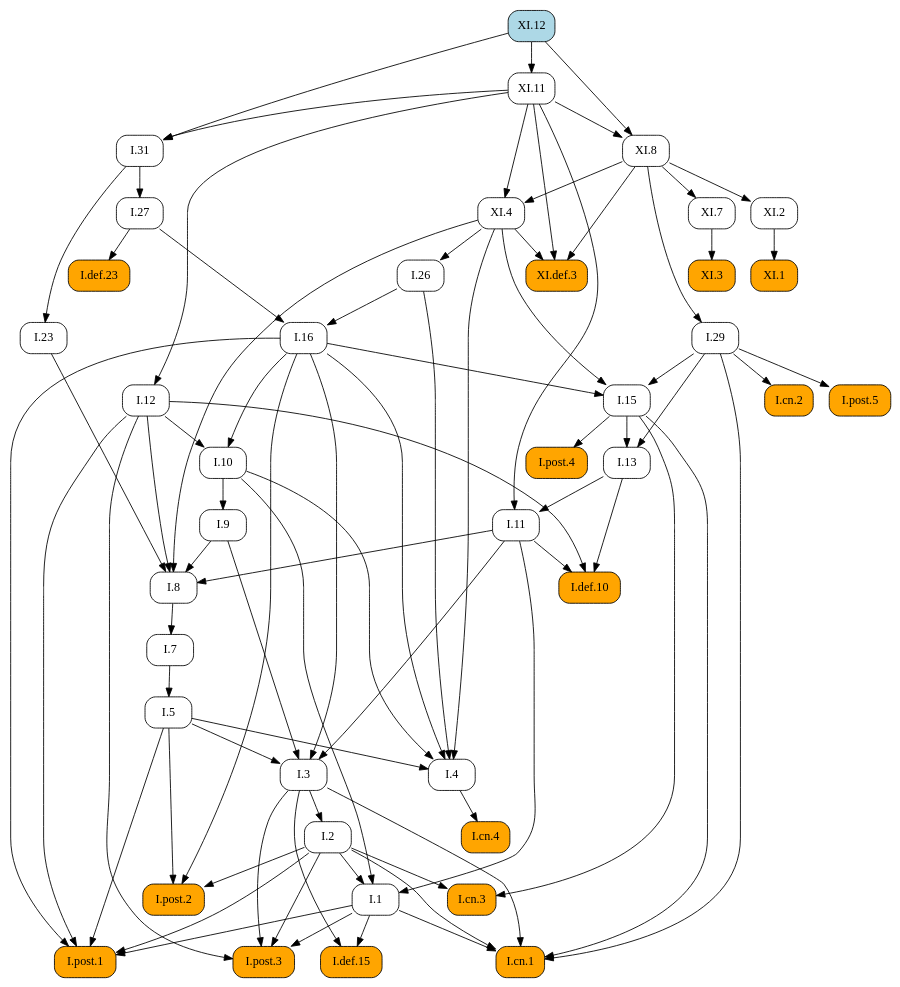
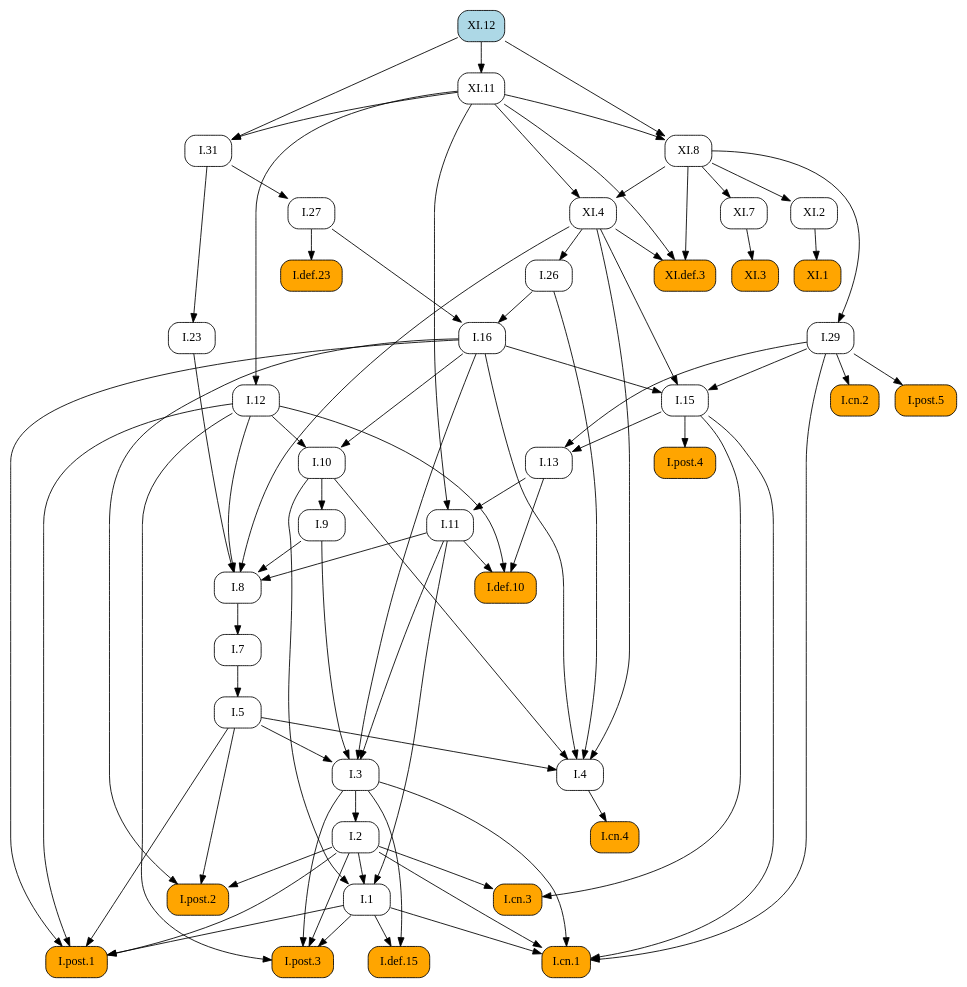
Before and after one commit to geometor/elements: the diagram in docsrc/heath/XI/12/index.rst, drawn with Graphviz. The commit also changed other lines of this file and 1029 other files, not shown here.

```diff
--- a/docsrc/heath/XI/12/index.rst
+++ b/docsrc/heath/XI/12/index.rst
@@ -33,124 +33,124 @@
    digraph {
      rankdir="TB";
      node [shape=box, style=rounded];
+     "I.def.10" [style="rounded,filled", fillcolor=orange, URL="/heath/I/def.10/", target="_top"];
+     "I.11" [URL="/heath/I/11/", target="_top"];
+     "XI.def.3" [style="rounded,filled", fillcolor=orange, URL="/heath/XI/def.3/", target="_top"];
+     "I.1" [URL="/heath/I/1/", target="_top"];
+     "I.post.4" [style="rounded,filled", fillcolor=orange, URL="/heath/I/post.4/", target="_top"];
+     "I.26" [URL="/heath/I/26/", target="_top"];
+     "XI.12" [style="rounded,filled", fillcolor=lightblue, URL="/heath/XI/12/", target="_top"];
+     "XI.7" [URL="/heath/XI/7/", target="_top"];
+     "I.29" [URL="/heath/I/29/", target="_top"];
+     "I.cn.2" [style="rounded,filled", fillcolor=orange, URL="/heath/I/cn.2/", target="_top"];
+     "XI.8" [URL="/heath/XI/8/", target="_top"];
+     "I.def.15" [style="rounded,filled", fillcolor=orange, URL="/heath/I/def.15/", target="_top"];
+     "XI.11" [URL="/heath/XI/11/", target="_top"];
+     "I.post.3" [style="rounded,filled", fillcolor=orange, URL="/heath/I/post.3/", target="_top"];
+     "XI.1" [style="rounded,filled", fillcolor=orange, URL="/heath/XI/1/", target="_top"];
+     "I.cn.1" [style="rounded,filled", fillcolor=orange, URL="/heath/I/cn.1/", target="_top"];
      "I.cn.3" [style="rounded,filled", fillcolor=orange, URL="/heath/I/cn.3/", target="_top"];
-     "I.29" [URL="/heath/I/29/", target="_top"];
+     "XI.2" [URL="/heath/XI/2/", target="_top"];
+     "I.23" [URL="/heath/I/23/", target="_top"];
+     "I.post.1" [style="rounded,filled", fillcolor=orange, URL="/heath/I/post.1/", target="_top"];
+     "I.27" [URL="/heath/I/27/", target="_top"];
      "I.7" [URL="/heath/I/7/", target="_top"];
-     "I.27" [URL="/heath/I/27/", target="_top"];
+     "I.3" [URL="/heath/I/3/", target="_top"];
+     "I.2" [URL="/heath/I/2/", target="_top"];
      "I.def.23" [style="rounded,filled", fillcolor=orange, URL="/heath/I/def.23/", target="_top"];
+     "I.4" [URL="/heath/I/4/", target="_top"];
+     "I.13" [URL="/heath/I/13/", target="_top"];
+     "I.12" [URL="/heath/I/12/", target="_top"];
+     "I.31" [URL="/heath/I/31/", target="_top"];
+     "I.post.2" [style="rounded,filled", fillcolor=orange, URL="/heath/I/post.2/", target="_top"];
+     "I.16" [URL="/heath/I/16/", target="_top"];
+     "I.9" [URL="/heath/I/9/", target="_top"];
      "I.8" [URL="/heath/I/8/", target="_top"];
-     "I.9" [URL="/heath/I/9/", target="_top"];
+     "I.cn.4" [style="rounded,filled", fillcolor=orange, URL="/heath/I/cn.4/", target="_top"];
+     "I.15" [URL="/heath/I/15/", target="_top"];
      "XI.4" [URL="/heath/XI/4/", target="_top"];
-     "I.post.4" [style="rounded,filled", fillcolor=orange, URL="/heath/I/post.4/", target="_top"];
-     "I.2" [URL="/heath/I/2/", target="_top"];
-     "I.def.15" [style="rounded,filled", fillcolor=orange, URL="/heath/I/def.15/", target="_top"];
-     "I.1" [URL="/heath/I/1/", target="_top"];
-     "I.post.1" [style="rounded,filled", fillcolor=orange, URL="/heath/I/post.1/", target="_top"];
-     "XI.1" [style="rounded,filled", fillcolor=orange, URL="/heath/XI/1/", target="_top"];
-     "I.cn.4" [style="rounded,filled", fillcolor=orange, URL="/heath/I/cn.4/", target="_top"];
-     "I.26" [URL="/heath/I/26/", target="_top"];
-     "I.23" [URL="/heath/I/23/", target="_top"];
-     "I.13" [URL="/heath/I/13/", target="_top"];
-     "I.cn.2" [style="rounded,filled", fillcolor=orange, URL="/heath/I/cn.2/", target="_top"];
+     "I.post.5" [style="rounded,filled", fillcolor=orange, URL="/heath/I/post.5/", target="_top"];
+     "I.10" [URL="/heath/I/10/", target="_top"];
      "I.5" [URL="/heath/I/5/", target="_top"];
-     "I.11" [URL="/heath/I/11/", target="_top"];
-     "I.10" [URL="/heath/I/10/", target="_top"];
-     "I.4" [URL="/heath/I/4/", target="_top"];
-     "I.3" [URL="/heath/I/3/", target="_top"];
-     "I.16" [URL="/heath/I/16/", target="_top"];
-     "I.31" [URL="/heath/I/31/", target="_top"];
-     "XI.12" [style="rounded,filled", fillcolor=lightblue, URL="/heath/XI/12/", target="_top"];
-     "I.def.10" [style="rounded,filled", fillcolor=orange, URL="/heath/I/def.10/", target="_top"];
-     "XI.def.3" [style="rounded,filled", fillcolor=orange, URL="/heath/XI/def.3/", target="_top"];
-     "I.post.2" [style="rounded,filled", fillcolor=orange, URL="/heath/I/post.2/", target="_top"];
-     "I.post.3" [style="rounded,filled", fillcolor=orange, URL="/heath/I/post.3/", target="_top"];
-     "I.post.5" [style="rounded,filled", fillcolor=orange, URL="/heath/I/post.5/", target="_top"];
      "XI.3" [style="rounded,filled", fillcolor=orange, URL="/heath/XI/3/", target="_top"];
-     "I.12" [URL="/heath/I/12/", target="_top"];
-     "XI.7" [URL="/heath/XI/7/", target="_top"];
-     "I.cn.1" [style="rounded,filled", fillcolor=orange, URL="/heath/I/cn.1/", target="_top"];
-     "I.15" [URL="/heath/I/15/", target="_top"];
-     "XI.11" [URL="/heath/XI/11/", target="_top"];
-     "XI.2" [URL="/heath/XI/2/", target="_top"];
-     "XI.8" [URL="/heath/XI/8/", target="_top"];
+     "I.11" -> "I.def.10";
+     "I.12" -> "I.def.10";
+     "I.13" -> "I.def.10";
+     "I.13" -> "I.11";
+     "XI.11" -> "I.11";
+     "XI.4" -> "XI.def.3";
+     "XI.8" -> "XI.def.3";
+     "XI.11" -> "XI.def.3";
+     "I.2" -> "I.1";
+     "I.10" -> "I.1";
+     "I.11" -> "I.1";
+     "I.15" -> "I.post.4";
+     "XI.4" -> "I.26";
+     "XI.8" -> "XI.7";
+     "XI.8" -> "I.29";
+     "I.29" -> "I.cn.2";
+     "XI.11" -> "XI.8";
+     "XI.12" -> "XI.8";
+     "I.1" -> "I.def.15";
+     "I.3" -> "I.def.15";
+     "XI.12" -> "XI.11";
+     "I.1" -> "I.post.3";
+     "I.2" -> "I.post.3";
+     "I.3" -> "I.post.3";
+     "I.12" -> "I.post.3";
+     "XI.2" -> "XI.1";
+     "I.1" -> "I.cn.1";
+     "I.2" -> "I.cn.1";
+     "I.3" -> "I.cn.1";
+     "I.15" -> "I.cn.1";
+     "I.29" -> "I.cn.1";
      "I.2" -> "I.cn.3";
      "I.15" -> "I.cn.3";
-     "XI.8" -> "I.29";
+     "XI.8" -> "XI.2";
+     "I.31" -> "I.23";
+     "I.1" -> "I.post.1";
+     "I.2" -> "I.post.1";
+     "I.5" -> "I.post.1";
+     "I.12" -> "I.post.1";
+     "I.16" -> "I.post.1";
+     "I.31" -> "I.27";
      "I.8" -> "I.7";
-     "I.31" -> "I.27";
+     "I.5" -> "I.3";
+     "I.9" -> "I.3";
+     "I.11" -> "I.3";
+     "I.16" -> "I.3";
+     "I.3" -> "I.2";
      "I.27" -> "I.def.23";
+     "I.5" -> "I.4";
+     "I.10" -> "I.4";
+     "I.16" -> "I.4";
+     "I.26" -> "I.4";
+     "XI.4" -> "I.4";
+     "I.15" -> "I.13";
+     "I.29" -> "I.13";
+     "XI.11" -> "I.12";
+     "XI.11" -> "I.31";
+     "XI.12" -> "I.31";
+     "I.2" -> "I.post.2";
+     "I.5" -> "I.post.2";
+     "I.16" -> "I.post.2";
+     "I.26" -> "I.16";
+     "I.27" -> "I.16";
+     "I.10" -> "I.9";
      "I.9" -> "I.8";
      "I.11" -> "I.8";
      "I.12" -> "I.8";
      "I.23" -> "I.8";
      "XI.4" -> "I.8";
-     "I.10" -> "I.9";
-     "XI.8" -> "XI.4";
-     "XI.11" -> "XI.4";
-     "I.15" -> "I.post.4";
-     "I.3" -> "I.2";
-     "I.1" -> "I.def.15";
-     "I.3" -> "I.def.15";
-     "I.2" -> "I.1";
-     "I.10" -> "I.1";
-     "I.11" -> "I.1";
-     "I.1" -> "I.post.1";
-     "I.2" -> "I.post.1";
-     "I.5" -> "I.post.1";
-     "I.12" -> "I.post.1";
-     "I.16" -> "I.post.1";
-     "XI.2" -> "XI.1";
      "I.4" -> "I.cn.4";
-     "XI.4" -> "I.26";
-     "I.31" -> "I.23";
-     "I.15" -> "I.13";
-     "I.29" -> "I.13";
-     "I.29" -> "I.cn.2";
-     "I.7" -> "I.5";
-     "I.13" -> "I.11";
-     "XI.11" -> "I.11";
-     "I.12" -> "I.10";
-     "I.16" -> "I.10";
-     "I.5" -> "I.4";
-     "I.10" -> "I.4";
-     "I.16" -> "I.4";
-     "I.26" -> "I.4";
-     "XI.4" -> "I.4";
-     "I.5" -> "I.3";
-     "I.9" -> "I.3";
-     "I.11" -> "I.3";
-     "I.16" -> "I.3";
-     "I.26" -> "I.16";
-     "I.27" -> "I.16";
-     "XI.11" -> "I.31";
-     "XI.12" -> "I.31";
-     "I.11" -> "I.def.10";
-     "I.12" -> "I.def.10";
-     "I.13" -> "I.def.10";
-     "XI.4" -> "XI.def.3";
-     "XI.8" -> "XI.def.3";
-     "XI.11" -> "XI.def.3";
-     "I.2" -> "I.post.2";
-     "I.5" -> "I.post.2";
-     "I.16" -> "I.post.2";
-     "I.1" -> "I.post.3";
-     "I.2" -> "I.post.3";
-     "I.3" -> "I.post.3";
-     "I.12" -> "I.post.3";
-     "I.29" -> "I.post.5";
-     "XI.7" -> "XI.3";
-     "XI.11" -> "I.12";
-     "XI.8" -> "XI.7";
-     "I.1" -> "I.cn.1";
-     "I.2" -> "I.cn.1";
-     "I.3" -> "I.cn.1";
-     "I.15" -> "I.cn.1";
-     "I.29" -> "I.cn.1";
      "I.16" -> "I.15";
      "I.29" -> "I.15";
      "XI.4" -> "I.15";
-     "XI.12" -> "XI.11";
-     "XI.8" -> "XI.2";
-     "XI.11" -> "XI.8";
-     "XI.12" -> "XI.8";
+     "XI.8" -> "XI.4";
+     "XI.11" -> "XI.4";
+     "I.29" -> "I.post.5";
+     "I.12" -> "I.10";
+     "I.16" -> "I.10";
+     "I.7" -> "I.5";
+     "XI.7" -> "XI.3";
    }
```
